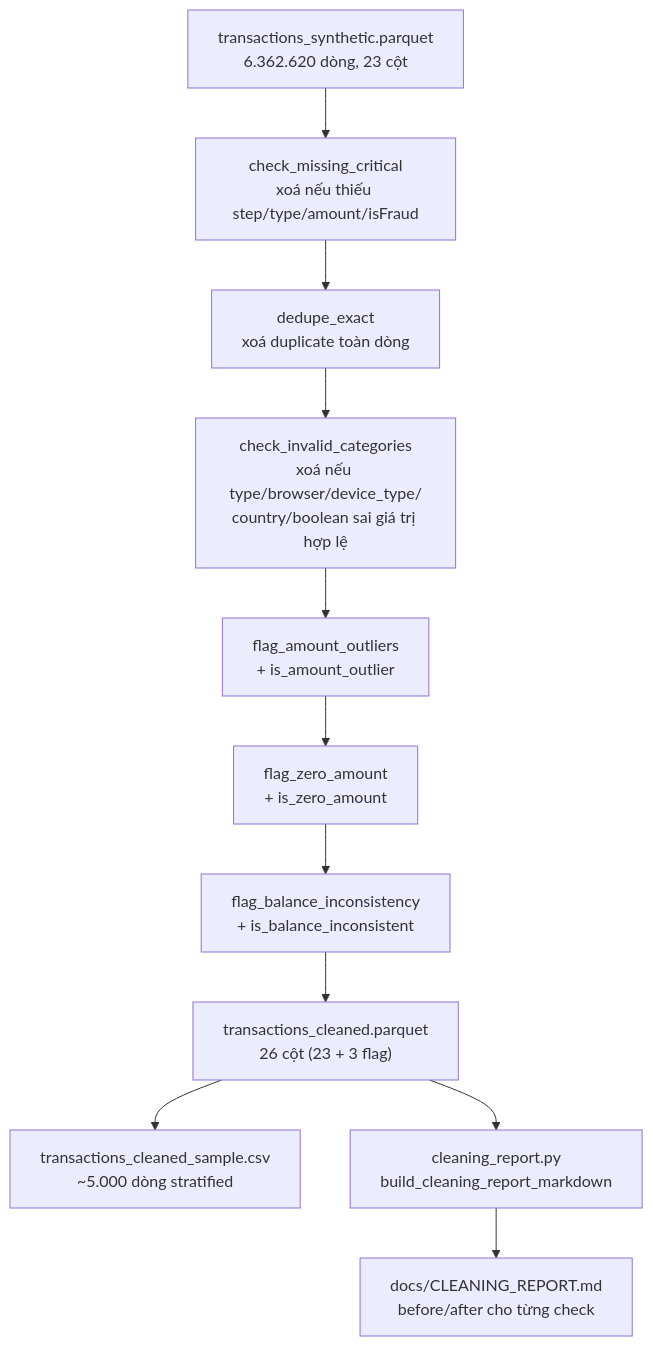
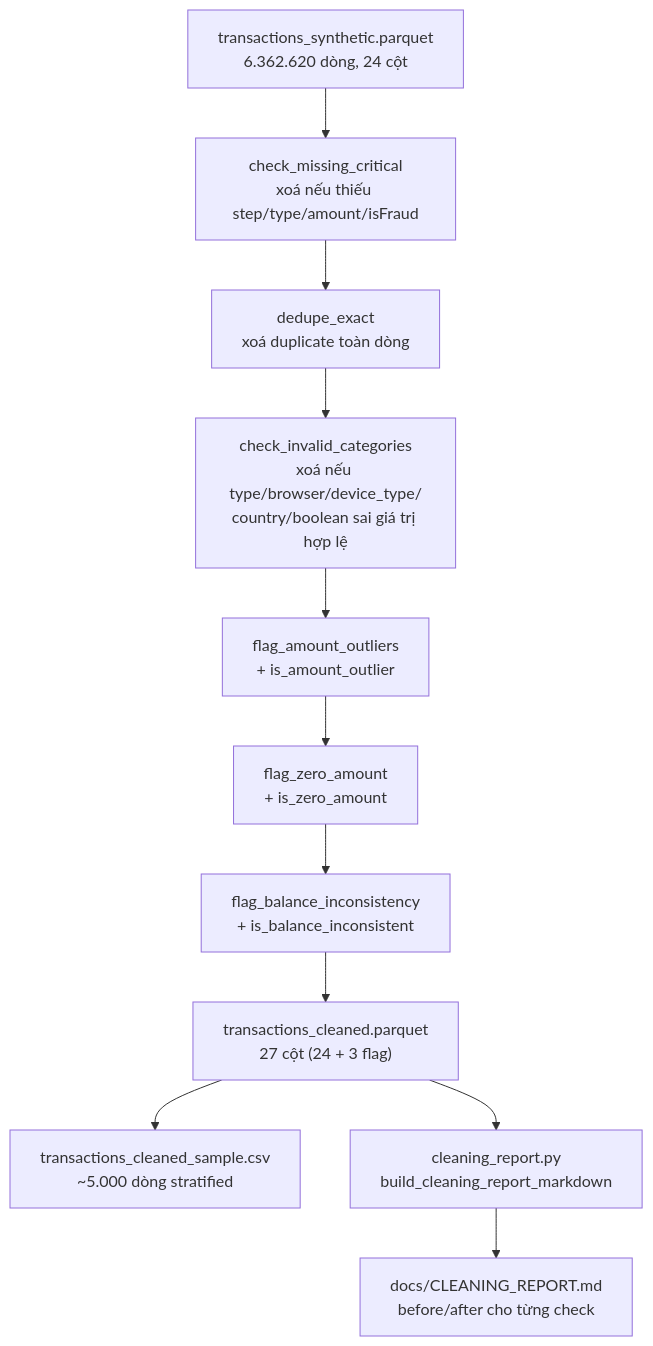
The ninth of 9 diagrams in README.md (sutobode/BA_Project), drawn with Mermaid before and after one commit. The commit also changed other lines of this file and 2 other files, not shown here.

````diff
--- a/README.md
+++ b/README.md
@@ -221,13 +242,13 @@
 ```mermaid
 flowchart TD
-    A["transactions_synthetic.parquet<br/>6.362.620 dòng, 23 cột"] --> B["check_missing_critical<br/>xoá nếu thiếu step/type/amount/isFraud"]
+    A["transactions_synthetic.parquet<br/>6.362.620 dòng, 24 cột"] --> B["check_missing_critical<br/>xoá nếu thiếu step/type/amount/isFraud"]
     B --> C["dedupe_exact<br/>xoá duplicate toàn dòng"]
     C --> D["check_invalid_categories<br/>xoá nếu type/browser/device_type/<br/>country/boolean sai giá trị hợp lệ"]
     D --> E["flag_amount_outliers<br/>+ is_amount_outlier"]
     E --> F["flag_zero_amount<br/>+ is_zero_amount"]
     F --> G["flag_balance_inconsistency<br/>+ is_balance_inconsistent"]
-    G --> H["transactions_cleaned.parquet<br/>26 cột (23 + 3 flag)"]
+    G --> H["transactions_cleaned.parquet<br/>27 cột (24 + 3 flag)"]
     H --> I["transactions_cleaned_sample.csv<br/>~5.000 dòng stratified"]
     H --> J["cleaning_report.py<br/>build_cleaning_report_markdown"]
     J --> K["docs/CLEANING_REPORT.md<br/>before/after cho từng check"]
 ```
````
